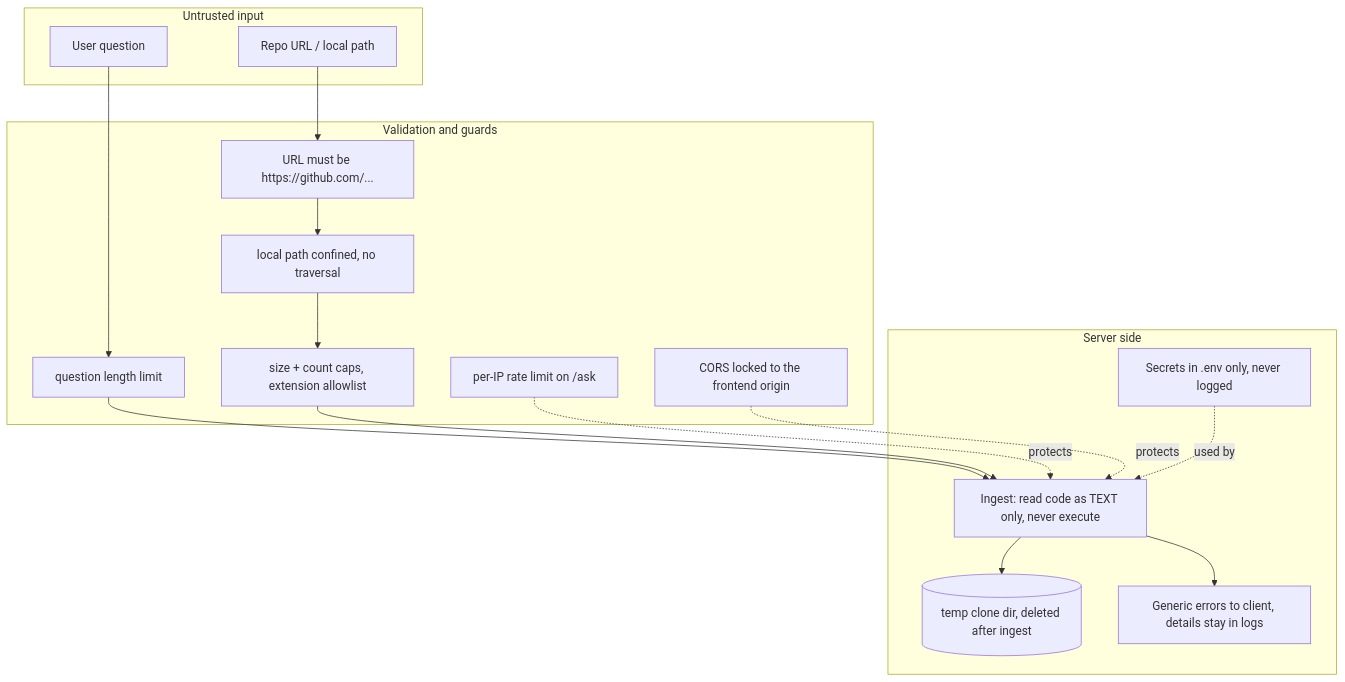
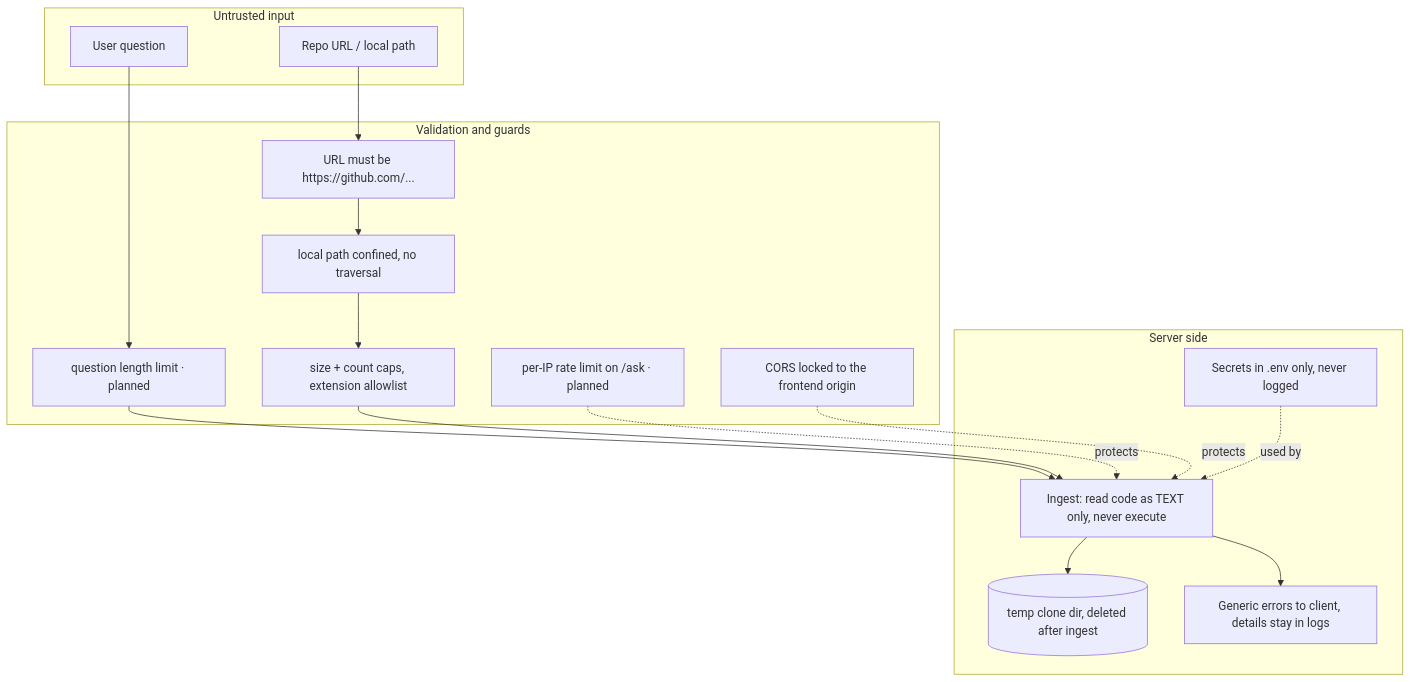
The fifth of 6 diagrams in docs/TECHNICAL_REPORT.md (Gauthambinoy20/Glyph), drawn with Mermaid before and after one commit. The commit also changed other lines of this file and 1 other file, not shown here.

First line of the commit message:
docs: correct stale figures and mark the SQLite layer and rate-limit/length guards as planned

````diff
--- a/docs/TECHNICAL_REPORT.md
+++ b/docs/TECHNICAL_REPORT.md
@@ -191,28 +197,28 @@
 ```mermaid
 flowchart TD
     subgraph Untrusted[Untrusted input]
       Q[User question]
       RU[Repo URL / local path]
     end
     subgraph Guards[Validation and guards]
       V1[URL must be https://github.com/...]
       V2[local path confined, no traversal]
       V3[size + count caps, extension allowlist]
-      V4[question length limit]
-      V5[per-IP rate limit on /ask]
+      V4[question length limit · planned]
+      V5[per-IP rate limit on /ask · planned]
       V6[CORS locked to the frontend origin]
     end
     subgraph Trusted[Server side]
       ING[Ingest: read code as TEXT only, never execute]
       TMP[(temp clone dir, deleted after ingest)]
       SEC[Secrets in .env only, never logged]
       ERR[Generic errors to client, details stay in logs]
     end
     Q --> V4 --> ING
     RU --> V1 --> V2 --> V3 --> ING
     ING --> TMP
     V5 -. protects .-> ING
     V6 -. protects .-> ING
     SEC -. used by .-> ING
     ING --> ERR
 ```
````
